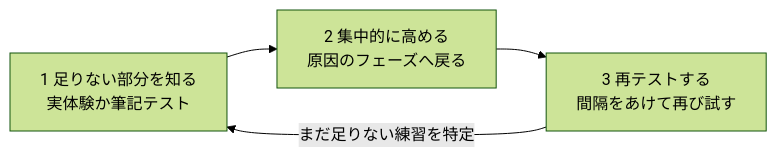
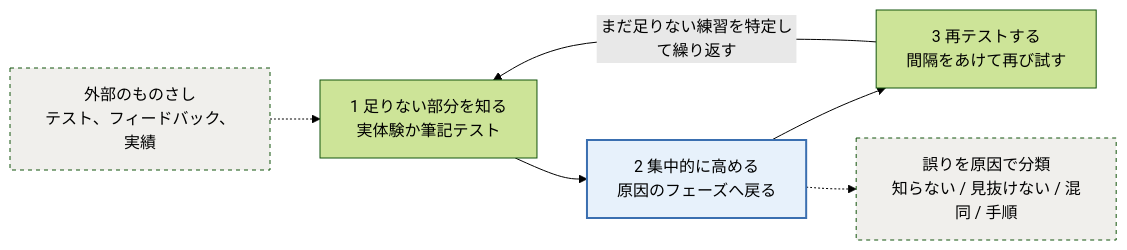
Before and after one commit to k2works/claude-code-booster: the sixth of 7 diagrams in lib/assets/docs/reference/メンタルモデル構築ガイド_汎用版.md, drawn with Mermaid (forest theme). The commit also changed other lines of this file, not shown here.

Commit message:
docs(reference): メンタルモデル構築ガイドに各フェーズの図を追加し練習フェーズの図を整理

````diff
--- a/lib/assets/docs/reference/メンタルモデル構築ガイド_汎用版.md
+++ b/lib/assets/docs/reference/メンタルモデル構築ガイド_汎用版.md
@@ -131,6 +160,11 @@
 ```mermaid
 flowchart LR
     T1[1 足りない部分を知る<br>実体験か筆記テスト] --> T2[2 集中的に高める<br>原因のフェーズへ戻る]
     T2 --> T3[3 再テストする<br>間隔をあけて再び試す]
-    T3 -->|まだ足りない練習を特定| T1
+    T3 -->|まだ足りない練習を特定して繰り返す| T1
+    M[外部のものさし<br>テスト、フィードバック、実績] -.-> T1
+    T2 -.-> C[誤りを原因で分類<br>知らない / 見抜けない / 混同 / 手順]
+    style T2 fill:#e7f1fb,stroke:#3a6fb0,stroke-width:2px
+    style M fill:#f0efec,stroke-dasharray:4 4
+    style C fill:#f0efec,stroke-dasharray:4 4
 ```
````
